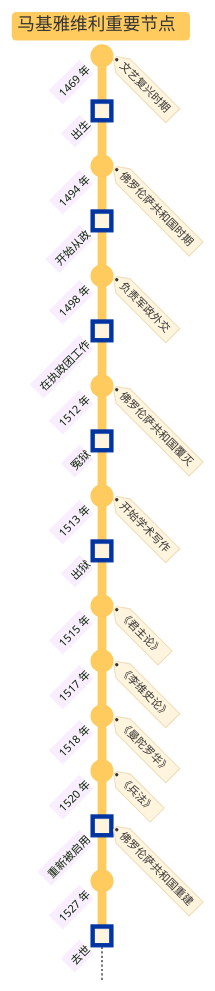
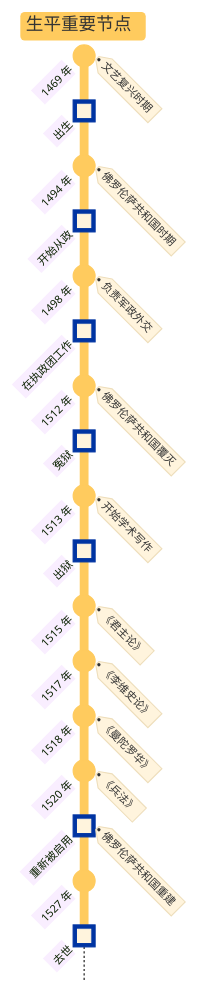
Before and after one commit to El25Aleph/_Aleph: the first of 2 diagrams in docs/note-君主论.md, drawn with Mermaid. The commit also changed other lines of this file, not shown here.

````diff
--- a/docs/note-君主论.md
+++ b/docs/note-君主论.md
@@ -3,30 +3,30 @@
 ```mermaid
-%%{init: {'theme': 'base', 'gitGraph': {'mainBranchName': '马基雅维利重要节点'}} }%%
+%%{init: {'theme': 'base', 'gitGraph': {'mainBranchName': '生平重要节点'}} }%%
 gitGraph TB:
     commit id:"1469 年" tag: "文艺复兴时期"
     commit id:"出生" type: HIGHLIGHT 
     
     commit id:"1494 年" tag: "佛罗伦萨共和国时期"
     commit id:"开始从政" type: HIGHLIGHT 
 
     commit id:"1498 年" tag: "负责军政外交"
     commit id:"在执政团工作" type: HIGHLIGHT 
     
     commit id:"1512 年" tag: "佛罗伦萨共和国覆灭"
     commit id:"冤狱" type: HIGHLIGHT 
     
     commit id:"1513 年" tag: "开始学术写作"
     commit id:"出狱" type: HIGHLIGHT 
     
     commit id:"1515 年" tag: "《君主论》"
     
     commit id:"1517 年" tag: "《李维史论》"   
     
     commit id:"1518 年" tag: "《曼陀罗华》"  
 
     commit id:"1520 年" tag: "《兵法》"  
     commit id:"重新被启用" type: HIGHLIGHT tag: "佛罗伦萨共和国重建" 
 
     commit id:"1527 年"
     commit id:"去世" type: HIGHLIGHT 
 ```
````
